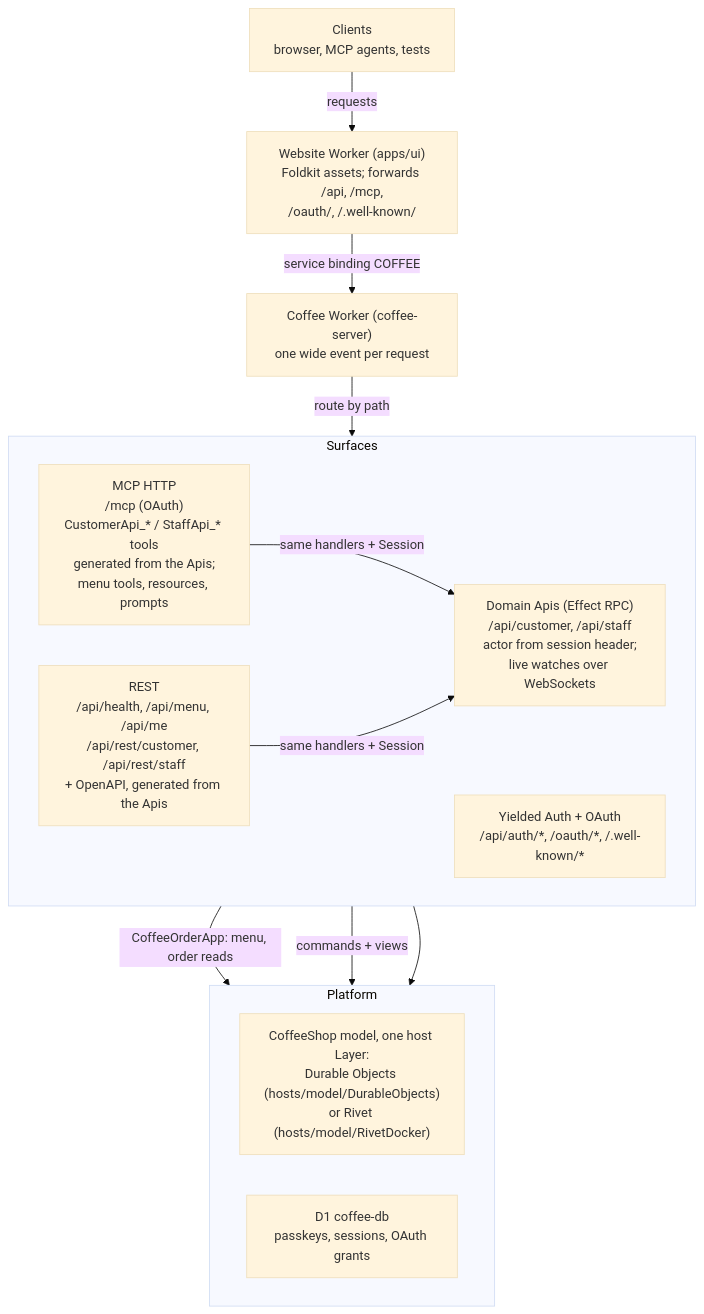
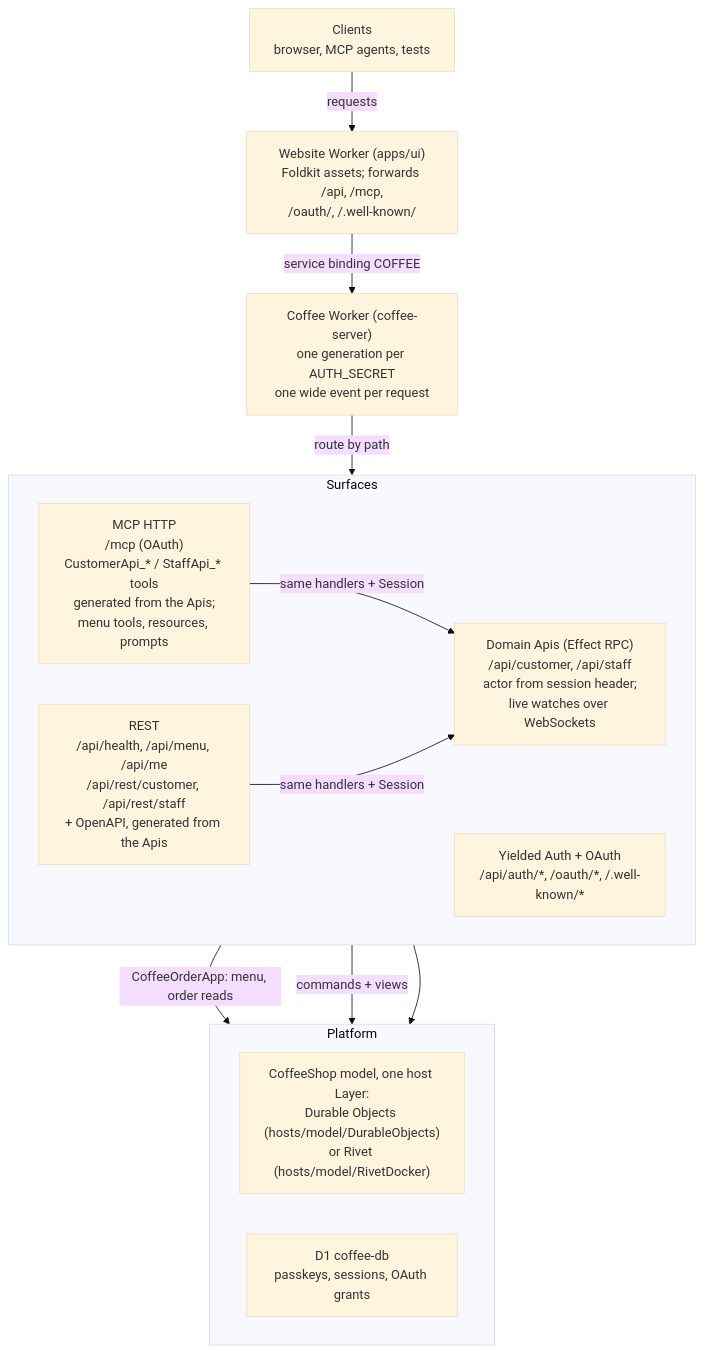
The diagram in docs/architecture/backend-runtime-surfaces.mmd (kevinmichaelchen/effect-coffee-shop), drawn with Mermaid (base theme) before and after one commit. The commit also changed 9 other files, not shown here.

First line of the commit message:
perf(server): build auth and the router once per AUTH_SECRET

```diff
--- a/docs/architecture/backend-runtime-surfaces.mmd
+++ b/docs/architecture/backend-runtime-surfaces.mmd
@@ -1,24 +1,24 @@
 flowchart TB
   Clients["Clients<br/>browser, MCP agents, tests"]
   Website["Website Worker (apps/ui)<br/>Foldkit assets; forwards /api, /mcp,<br/>/oauth/, /.well-known/"]
-  Coffee["Coffee Worker (coffee-server)<br/>one wide event per request"]
+  Coffee["Coffee Worker (coffee-server)<br/>one generation per AUTH_SECRET<br/>one wide event per request"]
   subgraph Surfaces["Surfaces"]
     direction LR
     Mcp["MCP HTTP<br/>/mcp (OAuth)<br/>CustomerApi_* / StaffApi_* tools<br/>generated from the Apis;<br/>menu tools, resources, prompts"]
     Rest["REST<br/>/api/health, /api/menu, /api/me<br/>/api/rest/customer, /api/rest/staff<br/>+ OpenAPI, generated from the Apis"]
     Apis["Domain Apis (Effect RPC)<br/>/api/customer, /api/staff<br/>actor from session header;<br/>live watches over WebSockets"]
     Auth["Yielded Auth + OAuth<br/>/api/auth/*, /oauth/*, /.well-known/*"]
   end
   subgraph Platform["Platform"]
     direction LR
     Model["CoffeeShop model, one host Layer:<br/>Durable Objects (hosts/model/DurableObjects)<br/>or Rivet (hosts/model/RivetDocker)"]
     D1["D1 coffee-db<br/>passkeys, sessions, OAuth grants"]
   end
   Clients -->|requests| Website
   Website -->|service binding COFFEE| Coffee
   Coffee -->|route by path| Surfaces
   Mcp -->|same handlers + Session| Apis
   Rest -->|same handlers + Session| Apis
   Mcp -->|CoffeeOrderApp: menu, order reads| Model
   Apis -->|commands + views| Model
   Auth --> D1
```
